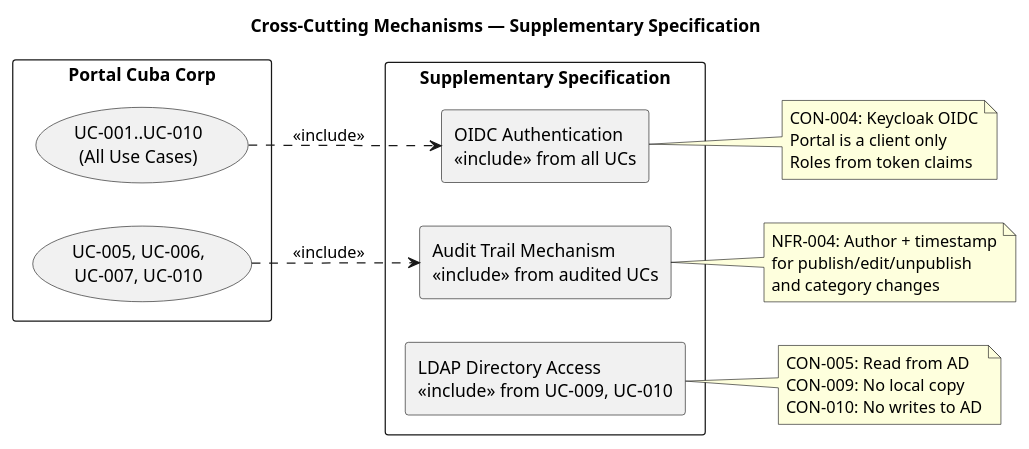
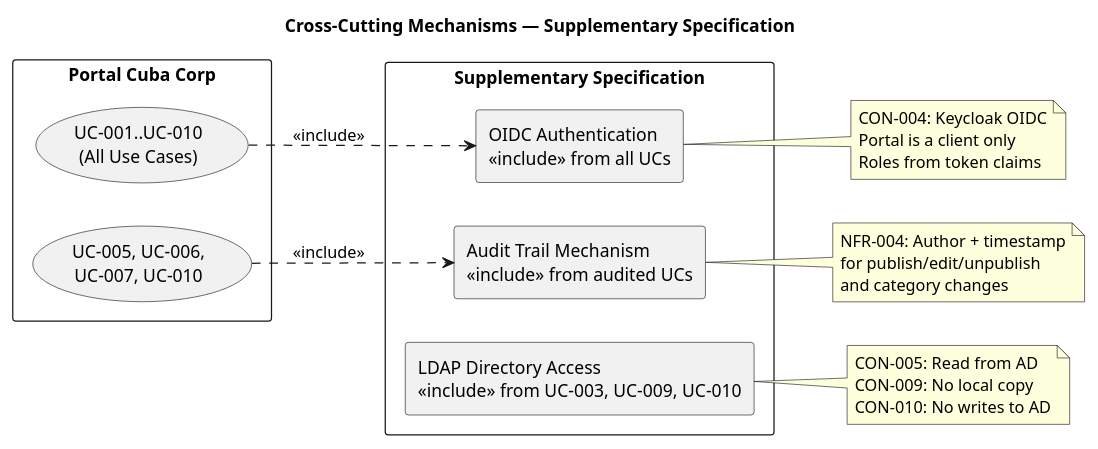
The first of 2 diagrams in docs/artifacts/requirements/supplementary-specification.md (banense-test/portal-cuba-corp), drawn with PlantUML before and after one commit. The commit also changed other lines of this file, not shown here.

````diff
--- a/docs/artifacts/requirements/supplementary-specification.md
+++ b/docs/artifacts/requirements/supplementary-specification.md
@@ -39,41 +40,41 @@
 ```plantuml
 @startuml
 title Cross-Cutting Mechanisms — Supplementary Specification
 
 left to right direction
 skinparam packageStyle rectangle
 
 rectangle "Portal Cuba Corp" {
   usecase "UC-001..UC-010\n(All Use Cases)" as ALLUC
   usecase "UC-005, UC-006,\nUC-007, UC-010" as AUDIT_UC
 }
 
 package "Supplementary Specification" {
   rectangle "OIDC Authentication\n<<include>> from all UCs" as AUTH
   rectangle "Audit Trail Mechanism\n<<include>> from audited UCs" as AUDIT
-  rectangle "LDAP Directory Access\n<<include>> from UC-009, UC-010" as LDAP
+  rectangle "LDAP Directory Access\n<<include>> from UC-003, UC-009, UC-010" as LDAP
 }
 
 ALLUC ..> AUTH : <<include>>
 AUDIT_UC ..> AUDIT : <<include>>
 
 note right of AUTH
   CON-004: Keycloak OIDC
   Portal is a client only
   Roles from token claims
 end note
 
 note right of AUDIT
   NFR-004: Author + timestamp
   for publish/edit/unpublish
   and category changes
 end note
 
 note right of LDAP
   CON-005: Read from AD
   CON-009: No local copy
   CON-010: No writes to AD
 end note
 
 @enduml
 ```
````
